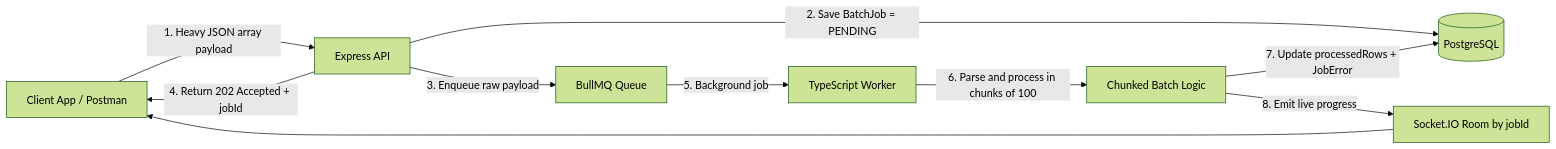
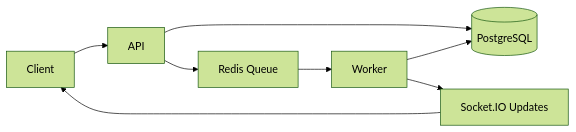
One commit to dushyant4665/async-data-processing changed the diagram in README.md. Above: the diagram before and after it, drawn with Mermaid (forest theme). The commit also changed other lines of this file and 17 other files, not shown here.

````diff
--- a/README.md
+++ b/README.md
@@ -17,12 +7,10 @@
 ```mermaid
 flowchart LR
-  A[Client App / Postman] -->|1. Heavy JSON array payload| B[Express API]
-  B -->|2. Save BatchJob = PENDING| C[(PostgreSQL)]
-  B -->|3. Enqueue raw payload| D[BullMQ Queue]
-  B -->|4. Return 202 Accepted + jobId| A
-  D -->|5. Background job| E[TypeScript Worker]
-  E -->|6. Parse and process in chunks of 100| F[Chunked Batch Logic]
-  F -->|7. Update processedRows + JobError| C
-  F -->|8. Emit live progress| G[Socket.IO Room by jobId]
-  G --> A
+  A[Client] --> B[API]
+  B --> C[(PostgreSQL)]
+  B --> D[Redis Queue]
+  D --> E[Worker]
+  E --> C
+  E --> F[Socket.IO Updates]
+  F --> A
 ```
````
